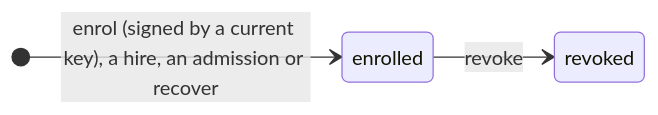
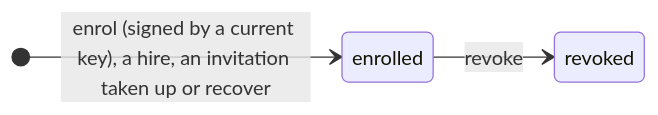
Before and after one commit to cella-coop/cella: the second of 2 diagrams in apps/org/feats/person/index.md, drawn with Mermaid. The commit also changed other lines of this file and 24 other files, not shown here.

First line of the commit message:
feat(membership): an invitation is taken up by a one-time link, and the device it makes signs its own enrolment

````diff
--- a/apps/org/feats/person/index.md
+++ b/apps/org/feats/person/index.md
@@ -62,6 +62,6 @@
 ```mermaid
 stateDiagram-v2
   direction LR
-  [*] --> enrolled: enrol (signed by a current key), a hire, an admission or recover
+  [*] --> enrolled: enrol (signed by a current key), a hire, an invitation taken up or recover
   enrolled --> revoked: revoke
 ```
````
